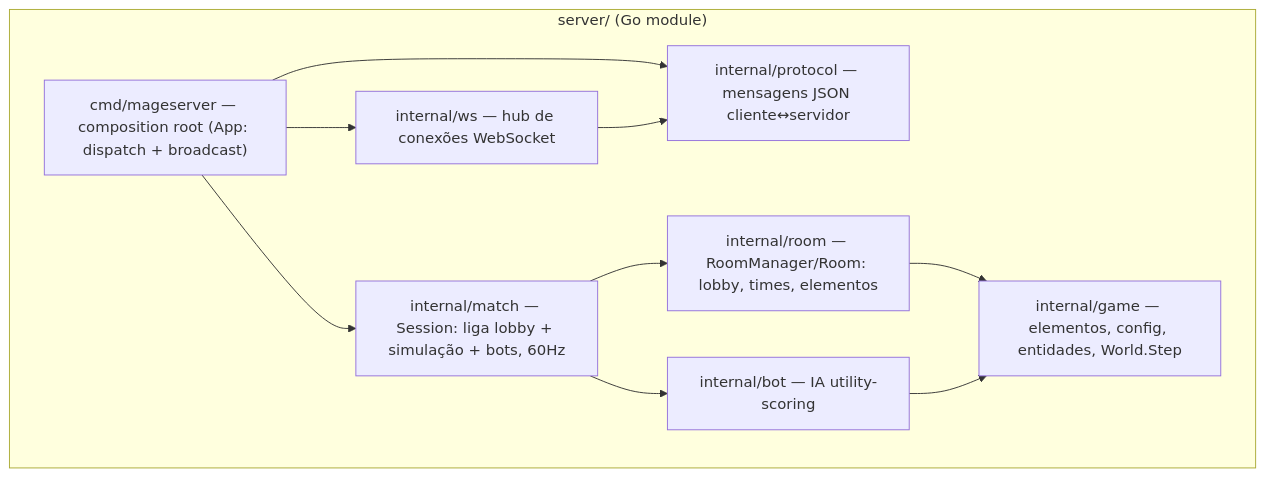
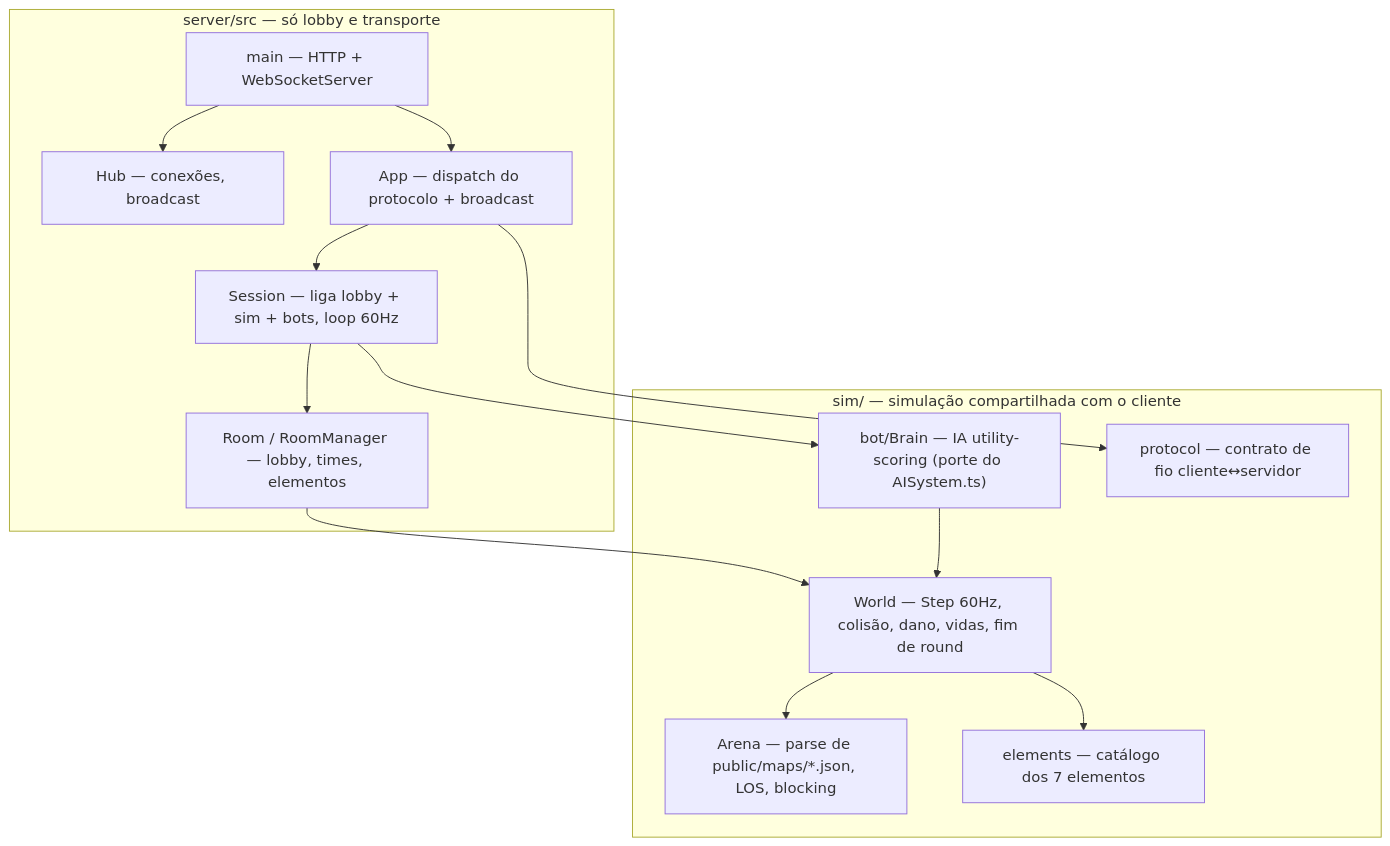
One commit to niltoncalegari/mage-craft changed the diagram in server/README.md. Above: the diagram before and after it, drawn with Mermaid. The commit also changed other lines of this file and 89 other files, not shown here.

First line of the commit message:
Refactor project structure for Node-based game server

````diff
--- a/server/README.md
+++ b/server/README.md
@@ -49,20 +50,27 @@
 ```mermaid
 flowchart TB
-    subgraph server ["server/ (Go module)"]
-        main["cmd/mageserver — composition root (App: dispatch + broadcast)"]
-        ws["internal/ws — hub de conexões WebSocket"]
-        protocol["internal/protocol — mensagens JSON cliente↔servidor"]
-        matchPkg["internal/match — Session: liga lobby + simulação + bots, 60Hz"]
-        roomPkg["internal/room — RoomManager/Room: lobby, times, elementos"]
-        gamePkg["internal/game — elementos, config, entidades, World.Step"]
-        botPkg["internal/bot — IA utility-scoring"]
+    subgraph shared ["sim/ — simulação compartilhada com o cliente"]
+        world["World — Step 60Hz, colisão, dano, vidas, fim de round"]
+        arena["Arena — parse de public/maps/*.json, LOS, blocking"]
+        elements["elements — catálogo dos 7 elementos"]
+        brain["bot/Brain — IA utility-scoring (porte do AISystem.ts)"]
+        proto["protocol — contrato de fio cliente↔servidor"]
     end
-    main --> ws
-    main --> matchPkg
-    main --> protocol
-    ws --> protocol
-    matchPkg --> roomPkg
-    matchPkg --> botPkg
-    roomPkg --> gamePkg
-    botPkg --> gamePkg
+    subgraph srv ["server/src — só lobby e transporte"]
+        main["main — HTTP + WebSocketServer"]
+        hub["Hub — conexões, broadcast"]
+        app["App — dispatch do protocolo + broadcast"]
+        session["Session — liga lobby + sim + bots, loop 60Hz"]
+        room["Room / RoomManager — lobby, times, elementos"]
+    end
+    main --> hub
+    main --> app
+    app --> session
+    app --> proto
+    session --> room
+    session --> brain
+    room --> world
+    brain --> world
+    world --> arena
+    world --> elements
 ```
````
